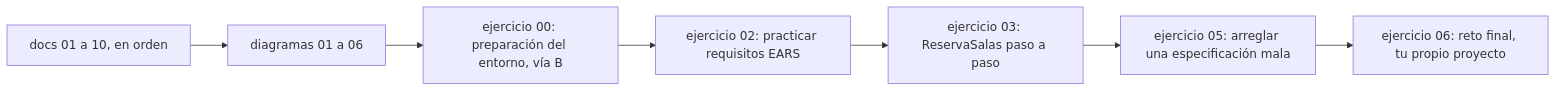
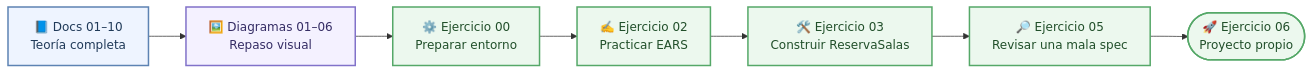
Before and after one commit to antroc/charla-sdd: the fourth of 5 diagrams in diagramas/06-mapa-del-repositorio.md, drawn with Mermaid. The commit also changed other lines of this file and 5 other files, not shown here.

Commit message:
Mejorar visualmente los diagramas Mermaid

````diff
--- a/diagramas/06-mapa-del-repositorio.md
+++ b/diagramas/06-mapa-del-repositorio.md
@@ -106,9 +130,16 @@
 ```mermaid
 flowchart LR
-  a["docs 01 a 10, en orden"] --> b["diagramas 01 a 06"]
-  b --> c["ejercicio 00: preparación del entorno, vía B"]
-  c --> d["ejercicio 02: practicar requisitos EARS"]
-  d --> e["ejercicio 03: ReservaSalas paso a paso"]
-  e --> f["ejercicio 05: arreglar una especificación mala"]
-  f --> g["ejercicio 06: reto final, tu propio proyecto"]
+  a["📘 Docs 01–10<br/>Teoría completa"] --> b["🖼️ Diagramas 01–06<br/>Repaso visual"]
+  b --> c["⚙️ Ejercicio 00<br/>Preparar entorno"]
+  c --> d["✍️ Ejercicio 02<br/>Practicar EARS"]
+  d --> e["🛠️ Ejercicio 03<br/>Construir ReservaSalas"]
+  e --> f["🔎 Ejercicio 05<br/>Revisar una mala spec"]
+  f --> g(["🚀 Ejercicio 06<br/>Proyecto propio"])
+
+  classDef read fill:#EEF4FF,stroke:#5D83B3,stroke-width:2px,color:#203A59;
+  classDef visual fill:#F4F1FF,stroke:#8172C9,stroke-width:2px,color:#352D65;
+  classDef practice fill:#ECF8EE,stroke:#55A868,stroke-width:2px,color:#214F2A;
+  class a read;
+  class b visual;
+  class c,d,e,f,g practice;
 ```
````
